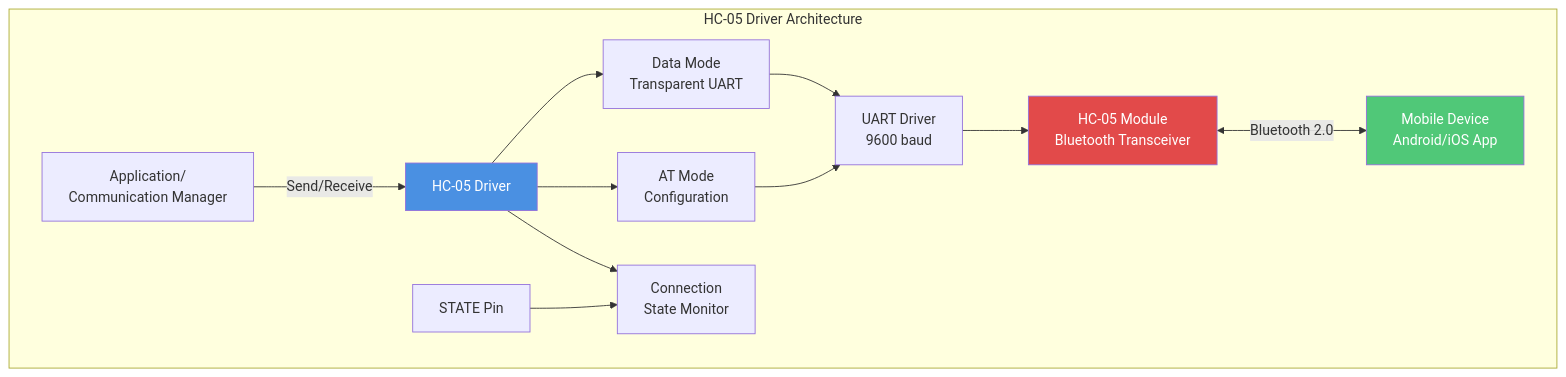
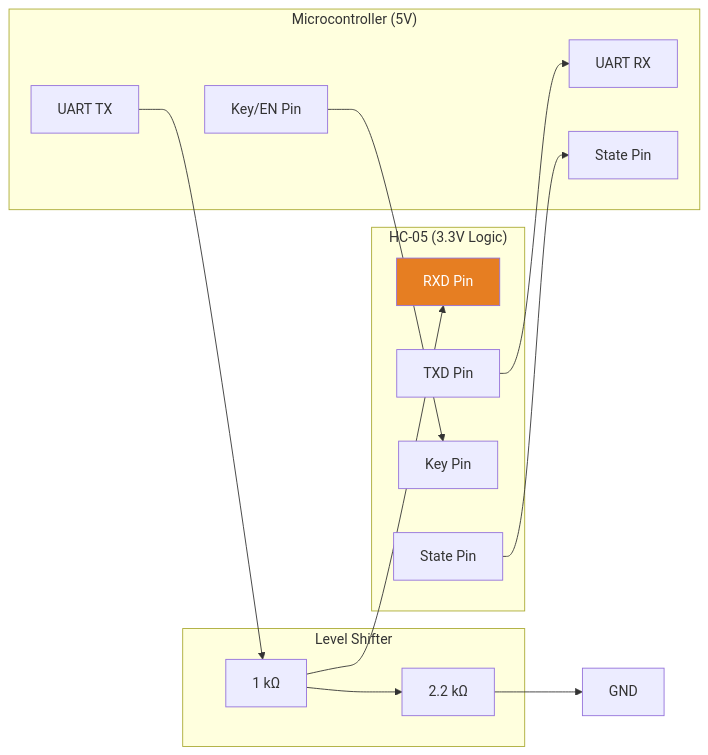
Before and after one commit to Gestell-Solution/Smart_Energy_Management_System: the first of 4 diagrams in Doc/Embedded/New/06_ImplementationDoc/Software_Layers/HAL_Layer/HC05_Bluetooth/HC05_Driver.md, drawn with Mermaid. The commit also changed other lines of this file and 30 other files, not shown here.

````diff
--- a/Doc/Embedded/New/06_ImplementationDoc/Software_Layers/HAL_Layer/HC05_Bluetooth/HC05_Driver.md
+++ b/Doc/Embedded/New/06_ImplementationDoc/Software_Layers/HAL_Layer/HC05_Bluetooth/HC05_Driver.md
@@ -35,23 +64,33 @@
 ```mermaid
-graph TB
-    subgraph "HC-05 Driver Architecture"
-        APP[Application/<br/>Communication Manager] -->|Send/Receive| HC05_API[HC-05 Driver]
-
-        HC05_API --> DATA[Data Mode<br/>Transparent UART]
-        HC05_API --> AT_MODE[AT Mode<br/>Configuration]
-        HC05_API --> STATE[Connection<br/>State Monitor]
-
-        DATA --> UART[UART Driver<br/>9600 baud]
-        AT_MODE --> UART
-
-        UART --> HC05_MOD[HC-05 Module<br/>Bluetooth Transceiver]
-
-        STATUS[STATE Pin] --> STATE
-
-        HC05_MOD <-->|Bluetooth 2.0| MOBILE[Mobile Device<br/>Android/iOS App]
+graph LR
+    subgraph "Microcontroller (5V)"
+        TX[UART TX]
+        RX[UART RX]
+        KEY[Key/EN Pin]
+        STATE[State Pin]
     end
 
-    style HC05_API fill:#4A90E2,color:#fff
-    style HC05_MOD fill:#E24A4A,color:#fff
-    style MOBILE fill:#50C878,color:#fff
+    subgraph "Level Shifter"
+        R1[1 kΩ]
+        R2[2.2 kΩ]
+    end
+
+    subgraph "HC-05 (3.3V Logic)"
+        BT_RX[RXD Pin]
+        BT_TX[TXD Pin]
+        BT_KEY[Key Pin]
+        BT_STATE[State Pin]
+    end
+
+    TX --> R1
+    R1 --> BT_RX
+    R1 --> R2
+    R2 --> GND
+
+    BT_TX --> RX
+
+    KEY --> BT_KEY
+    BT_STATE --> STATE
+
+    style BT_RX fill:#E67E22,color:#fff
 ```
````
